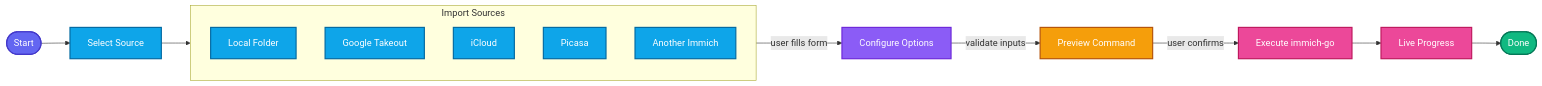
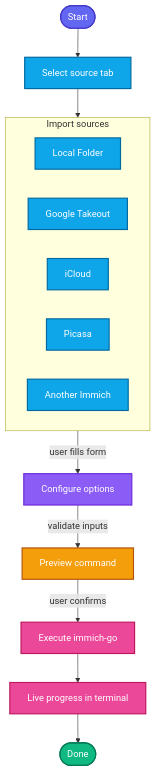
One commit to shitan198u/immich-go-gui changed the diagram in docs/user-guide/choose-your-workflow.md. Above: the diagram before and after it, drawn with Mermaid. The commit also changed 3 other files, not shown here.

Commit message:
docs: update Mermaid diagrams across documentation files

````diff
--- a/docs/user-guide/choose-your-workflow.md
+++ b/docs/user-guide/choose-your-workflow.md
@@ -7,34 +7,35 @@
 ```mermaid
-flowchart LR
+flowchart TB
     classDef startEnd fill:#6366f1,stroke:#4338ca,color:#fff,stroke-width:2px
     classDef source fill:#0ea5e9,stroke:#0369a1,color:#fff,stroke-width:2px
     classDef config fill:#8b5cf6,stroke:#6d28d9,color:#fff,stroke-width:2px
     classDef preview fill:#f59e0b,stroke:#b45309,color:#fff,stroke-width:2px
     classDef run fill:#ec4899,stroke:#be185d,color:#fff,stroke-width:2px
     classDef done fill:#10b981,stroke:#047857,color:#fff,stroke-width:2px
 
     Start([Start]):::startEnd
-    Select[Select Source]:::source
+    Select[Select source tab]:::source
 
-    subgraph Sources["Import Sources"]
+    subgraph Sources["Import sources"]
+        direction LR
         Folder[Local Folder]:::source
         Takeout[Google Takeout]:::source
         iCloud[iCloud]:::source
         Picasa[Picasa]:::source
         ImmichSrc[Another Immich]:::source
     end
 
-    Configure[Configure Options]:::config
-    Preview[Preview Command]:::preview
+    Configure[Configure options]:::config
+    Preview[Preview command]:::preview
     Run[Execute immich-go]:::run
-    Progress[Live Progress]:::run
+    Progress[Live progress in terminal]:::run
     Done([Done]):::done
 
     Start --> Select
     Select --> Sources
     Sources -->|user fills form| Configure
     Configure -->|validate inputs| Preview
     Preview -->|user confirms| Run
     Run --> Progress
     Progress --> Done
 ```
````
